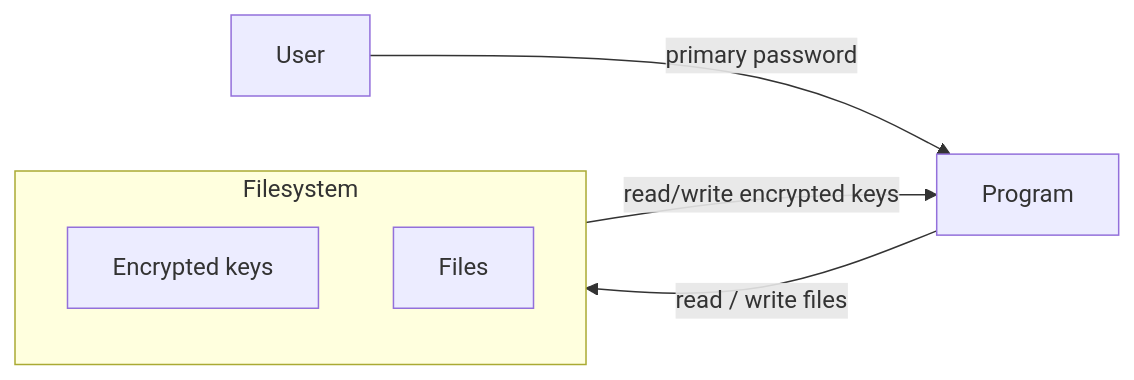
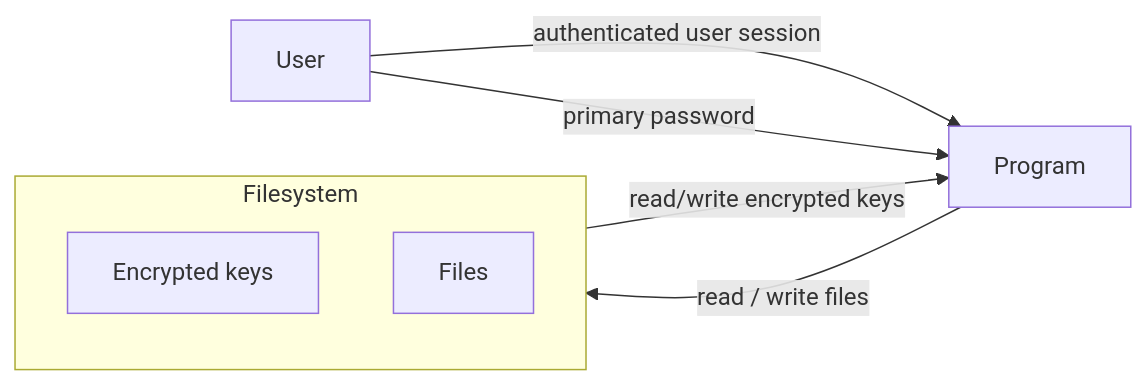
One commit to FLAK-ZOSO/ics0022 changed the diagram in DESIGN.md. Above: the diagram before and after it, drawn with Mermaid. The commit also changed other lines of this file, not shown here.

````diff
--- a/DESIGN.md
+++ b/DESIGN.md
@@ -5,15 +5,16 @@
 ```mermaid
 flowchart LR
     U[User]
     P[Program]
 
     subgraph FS[Filesystem]
         direction TB
         K[Encrypted keys]
         F[Files]
     end
 
+    U -->|authenticated user session| P
     U -->|primary password| P
     K -->|read/write encrypted keys| P
     P -->|read / write files| F
 ```
````
